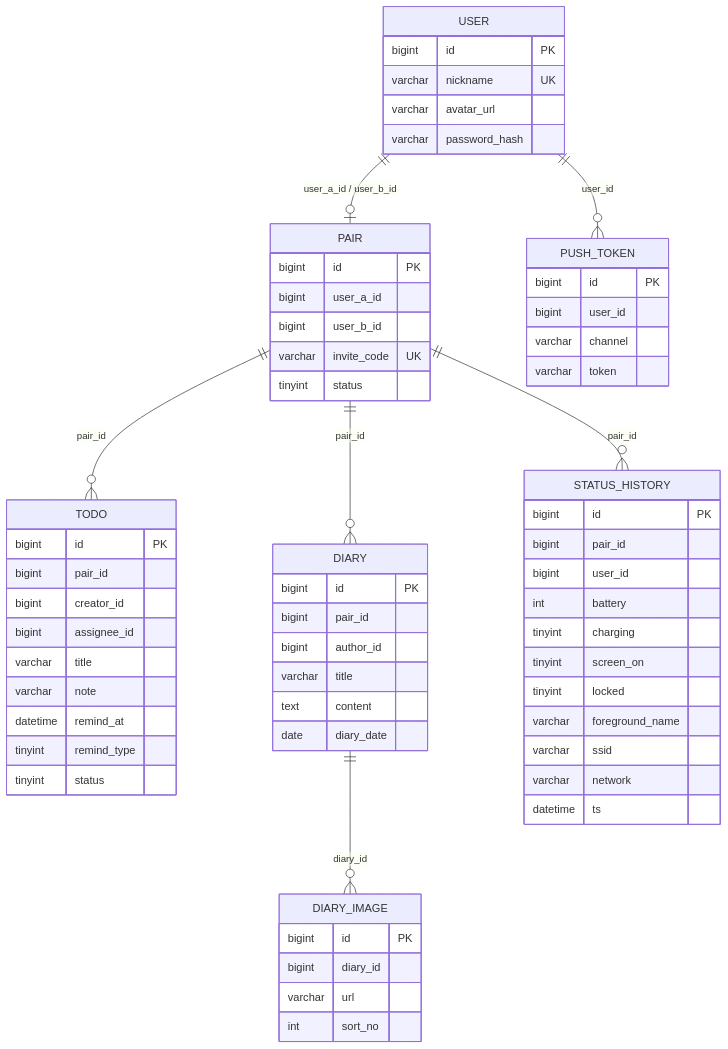
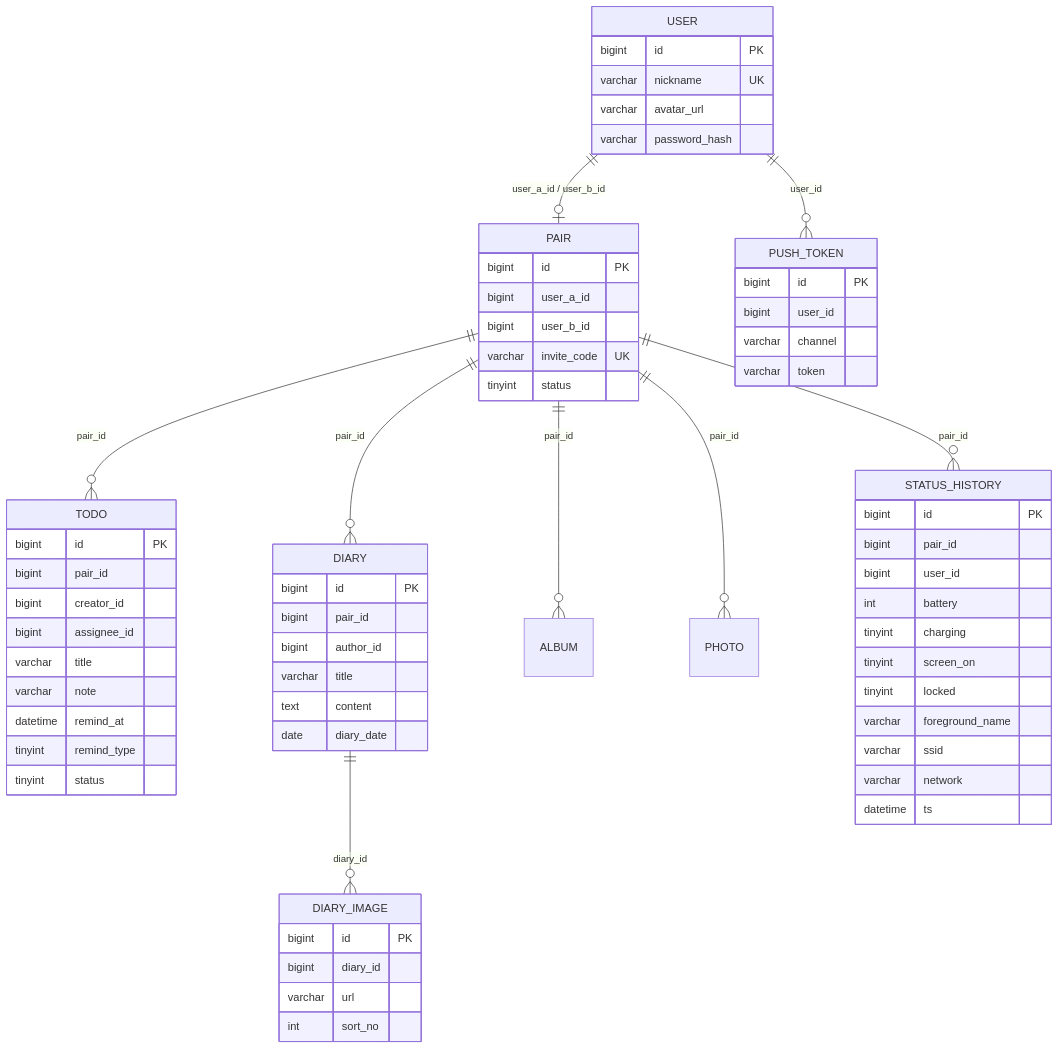
One commit to Lxii-Build/LxDay changed the ninth of 10 diagrams in ARCHITECTURE.md. Above: the diagram before and after it, drawn with Mermaid. The commit also changed other lines of this file and 5 other files, not shown here.

````diff
--- a/ARCHITECTURE.md
+++ b/ARCHITECTURE.md
@@ -314,67 +612,69 @@
 ```mermaid
 erDiagram
     USER ||--o| PAIR : "user_a_id / user_b_id"
     PAIR ||--o{ TODO : "pair_id"
     PAIR ||--o{ DIARY : "pair_id"
+    PAIR ||--o{ ALBUM : "pair_id"
+    PAIR ||--o{ PHOTO : "pair_id"
     PAIR ||--o{ STATUS_HISTORY : "pair_id"
     DIARY ||--o{ DIARY_IMAGE : "diary_id"
     USER ||--o{ PUSH_TOKEN : "user_id"
 
     USER {
         bigint id PK
         varchar nickname UK
         varchar avatar_url
         varchar password_hash
     }
     PAIR {
         bigint id PK
         bigint user_a_id
         bigint user_b_id
         varchar invite_code UK
         tinyint status
     }
     TODO {
         bigint id PK
         bigint pair_id
         bigint creator_id
         bigint assignee_id
         varchar title
         varchar note
         datetime remind_at
         tinyint remind_type
         tinyint status
     }
     DIARY {
         bigint id PK
         bigint pair_id
         bigint author_id
         varchar title
         text content
         date diary_date
     }
     DIARY_IMAGE {
         bigint id PK
         bigint diary_id
         varchar url
         int sort_no
     }
     STATUS_HISTORY {
         bigint id PK
         bigint pair_id
         bigint user_id
         int battery
         tinyint charging
         tinyint screen_on
         tinyint locked
         varchar foreground_name
         varchar ssid
         varchar network
         datetime ts
     }
     PUSH_TOKEN {
         bigint id PK
         bigint user_id
         varchar channel
         varchar token
     }
 ```
````
